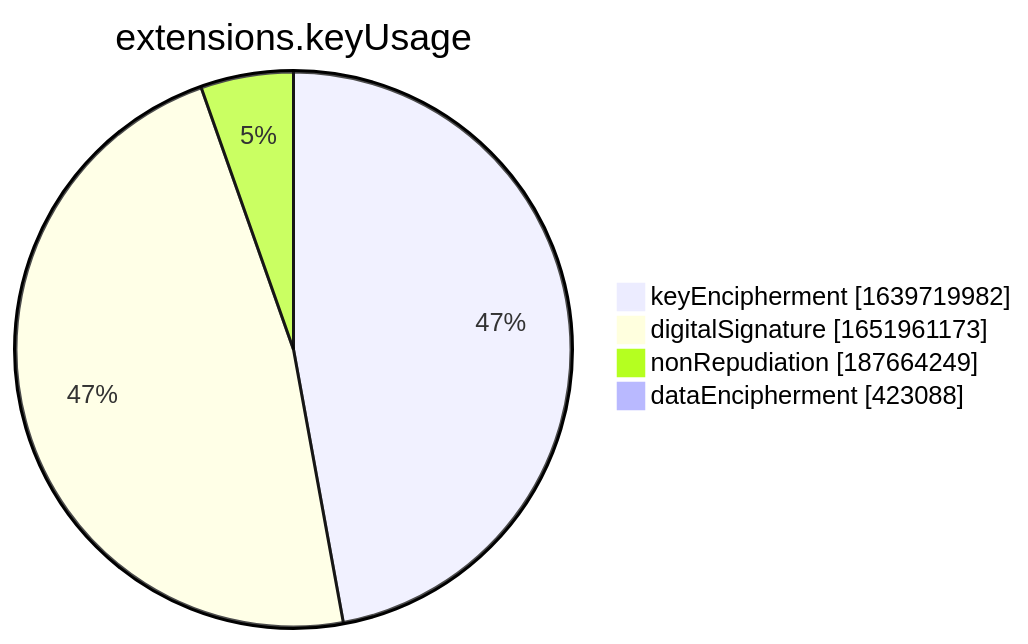
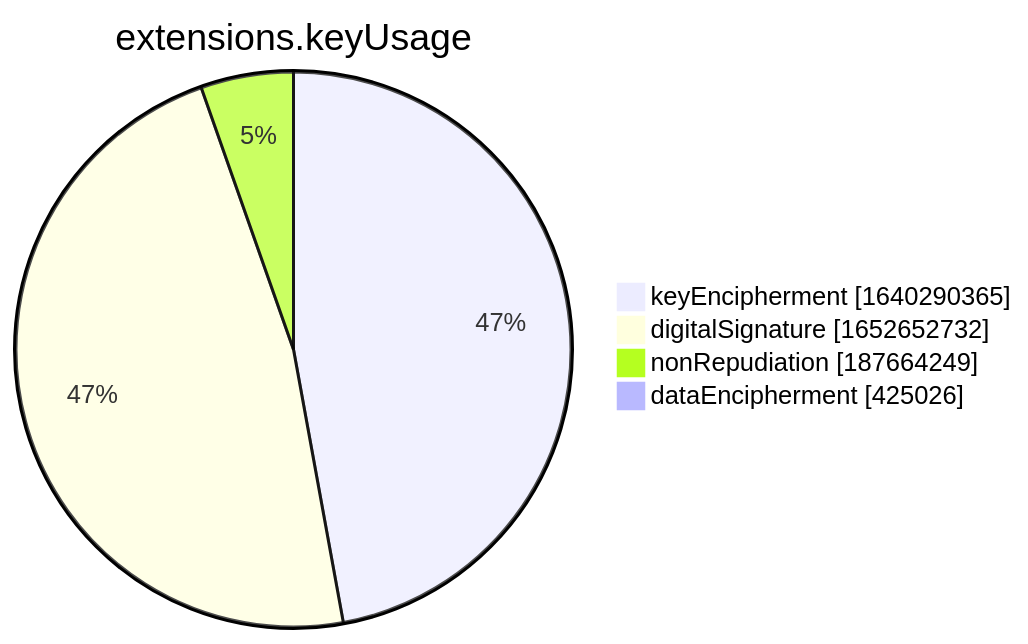
The seventh of 15 diagrams in xenon2022/README.md (christiankrug/ctmonitor_visualization), drawn with Mermaid before and after one commit. The commit also changed other lines of this file, not shown here.

````diff
--- a/xenon2022/README.md
+++ b/xenon2022/README.md
@@ -2856,8 +2856,8 @@
 ```mermaid
 pie showData
 title extensions.keyUsage
-"keyEncipherment" :1639719982
-"digitalSignature" :1651961173
+"keyEncipherment" :1640290365
+"digitalSignature" :1652652732
 "nonRepudiation" :187664249
-"dataEncipherment" :423088
+"dataEncipherment" :425026
 ```
````
